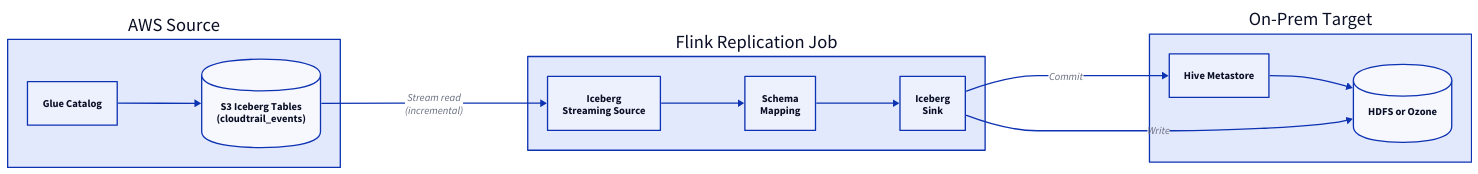
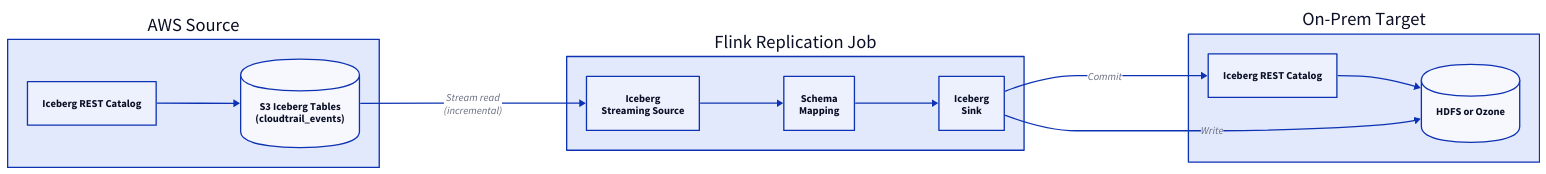
Before and after one commit to rch/cldr-cybersec: the diagram in docs/current/src/04_01_replication.md, drawn with D2. The commit also changed other lines of this file and 5 other files, not shown here.

First line of the commit message:
Use Iceberg REST Catalog instead of AWS Glue

````diff
--- a/docs/current/src/04_01_replication.md
+++ b/docs/current/src/04_01_replication.md
@@ -9,43 +9,43 @@
 ```d2
 direction: right
 
 AWS: {
   label: "AWS Source"
 
-  glue: "Glue Catalog"
+  rest_catalog: "Iceberg REST Catalog"
 
   s3_iceberg: {
     label: "S3 Iceberg Tables\n(cloudtrail_events)"
     shape: cylinder
   }
 
-  glue -> s3_iceberg
+  rest_catalog -> s3_iceberg
 }
 
 Flink: {
   label: "Flink Replication Job"
 
   source: "Iceberg\nStreaming Source"
   transform: "Schema\nMapping"
   sink: "Iceberg\nSink"
 
   source -> transform -> sink
 }
 
 OnPrem: {
   label: "On-Prem Target"
 
-  hive_metastore: "Hive Metastore"
+  rest_catalog: "Iceberg REST Catalog"
 
   storage: {
     label: "HDFS or Ozone"
     shape: cylinder
   }
 
-  hive_metastore -> storage
+  rest_catalog -> storage
 }
 
 AWS.s3_iceberg -> Flink.source: "Stream read\n(incremental)"
 Flink.sink -> OnPrem.storage: "Write"
-Flink.sink -> OnPrem.hive_metastore: "Commit"
+Flink.sink -> OnPrem.rest_catalog: "Commit"
 ```
````
